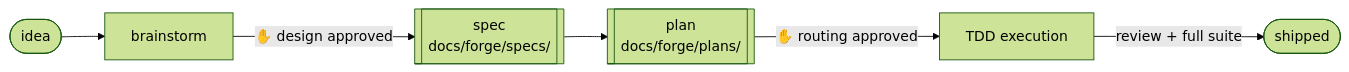
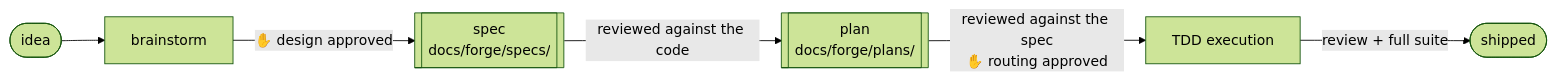
The first of 2 diagrams in README.md (forcetrainer/forge), drawn with Mermaid (forest theme) before and after one commit. The commit also changed other lines of this file, not shown here.

First line of the commit message:
docs: README shows the two document reviews, multi-spec plans and the TDD run scope

````diff
--- a/README.md
+++ b/README.md
@@ -57,8 +57,8 @@
 ```mermaid
 flowchart LR
     I([idea]) --> B[brainstorm]
     B -- "✋ design approved" --> S[["spec<br/>docs/forge/specs/"]]
-    S --> P[["plan<br/>docs/forge/plans/"]]
-    P -- "✋ routing approved" --> E[TDD execution]
+    S -- "reviewed against the code" --> P[["plan<br/>docs/forge/plans/"]]
+    P -- "reviewed against the spec<br/>✋ routing approved" --> E[TDD execution]
     E -- "review + full suite" --> D([shipped])
 ```
````
